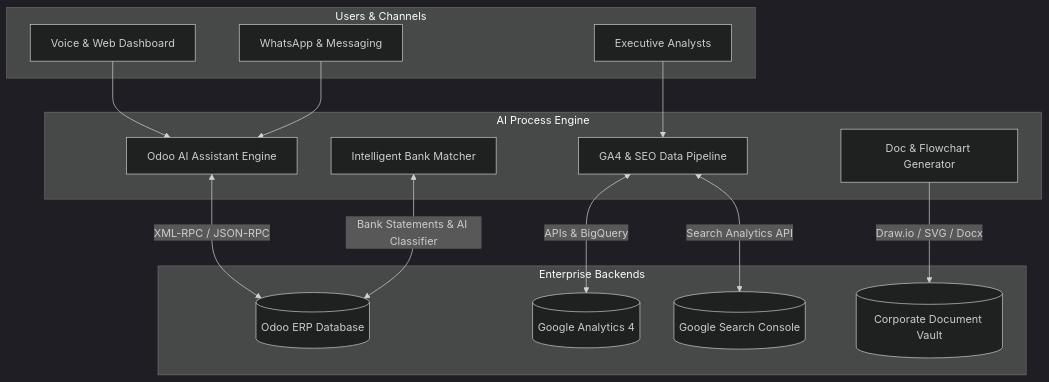
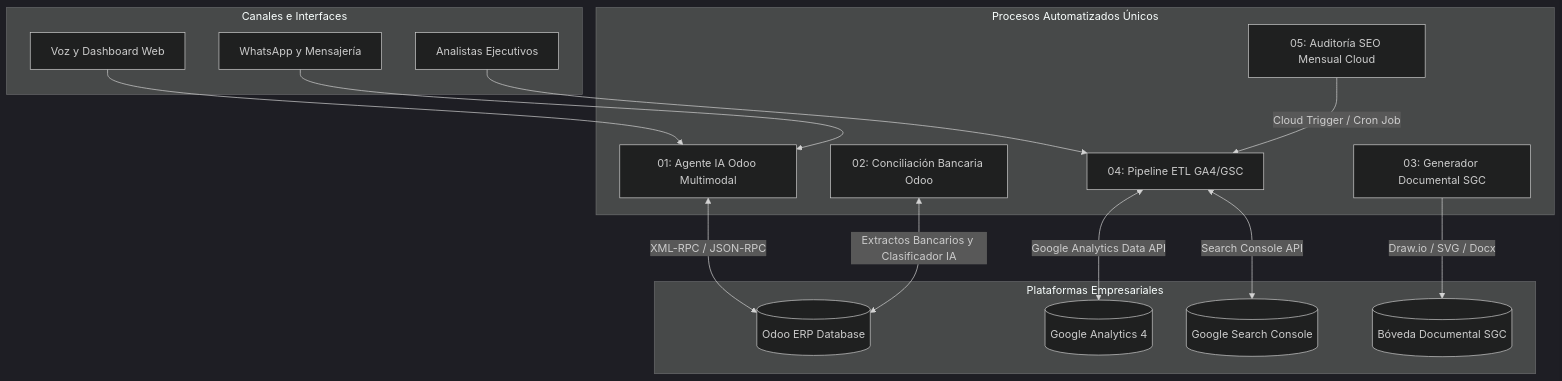
One commit to josmarya17/ai-process-automation-portfolio changed the diagram in README.md. Above: the diagram before and after it, drawn with Mermaid (dark theme). The commit also changed other lines of this file, not shown here.

````diff
--- a/README.md
+++ b/README.md
@@ -27,31 +75,33 @@
 ```mermaid
 graph TD
-    subgraph Users & Channels
-        U1[Voice & Web Dashboard]
-        U2[WhatsApp & Messaging]
-        U3[Executive Analysts]
+    subgraph Canales e Interfaces
+        U1[Voz y Dashboard Web]
+        U2[WhatsApp y Mensajería]
+        U3[Analistas Ejecutivos]
     end
 
-    subgraph AI Process Engine
-        AG[Odoo AI Assistant Engine]
-        REC[Intelligent Bank Matcher]
-        SGC[Doc & Flowchart Generator]
-        SEO[GA4 & SEO Data Pipeline]
+    subgraph Procesos Automatizados Únicos
+        P1[01: Agente IA Odoo Multimodal]
+        P2[02: Conciliación Bancaria Odoo]
+        P3[03: Generador Documental SGC]
+        P4[04: Pipeline ETL GA4/GSC]
+        P5[05: Auditoría SEO Mensual Cloud]
     end
 
-    subgraph Enterprise Backends
+    subgraph Plataformas Empresariales
         ODOO[(Odoo ERP Database)]
         GA4[(Google Analytics 4)]
         GSC[(Google Search Console)]
-        DOCS[(Corporate Document Vault)]
+        DOCS[(Bóveda Documental SGC)]
     end
 
-    U1 --> AG
-    U2 --> AG
-    U3 --> SEO
-    AG <-->|XML-RPC / JSON-RPC| ODOO
-    REC <-->|Bank Statements & AI Classifier| ODOO
-    SGC -->|Draw.io / SVG / Docx| DOCS
-    SEO <-->|APIs & BigQuery| GA4
-    SEO <-->|Search Analytics API| GSC
+    U1 --> P1
+    U2 --> P1
+    U3 --> P4
+    P1 <-->|XML-RPC / JSON-RPC| ODOO
+    P2 <-->|Extractos Bancarios y Clasificador IA| ODOO
+    P3 -->|Draw.io / SVG / Docx| DOCS
+    P4 <-->|Google Analytics Data API| GA4
+    P4 <-->|Search Console API| GSC
+    P5 -->|Cloud Trigger / Cron Job| P4
 ```
````
